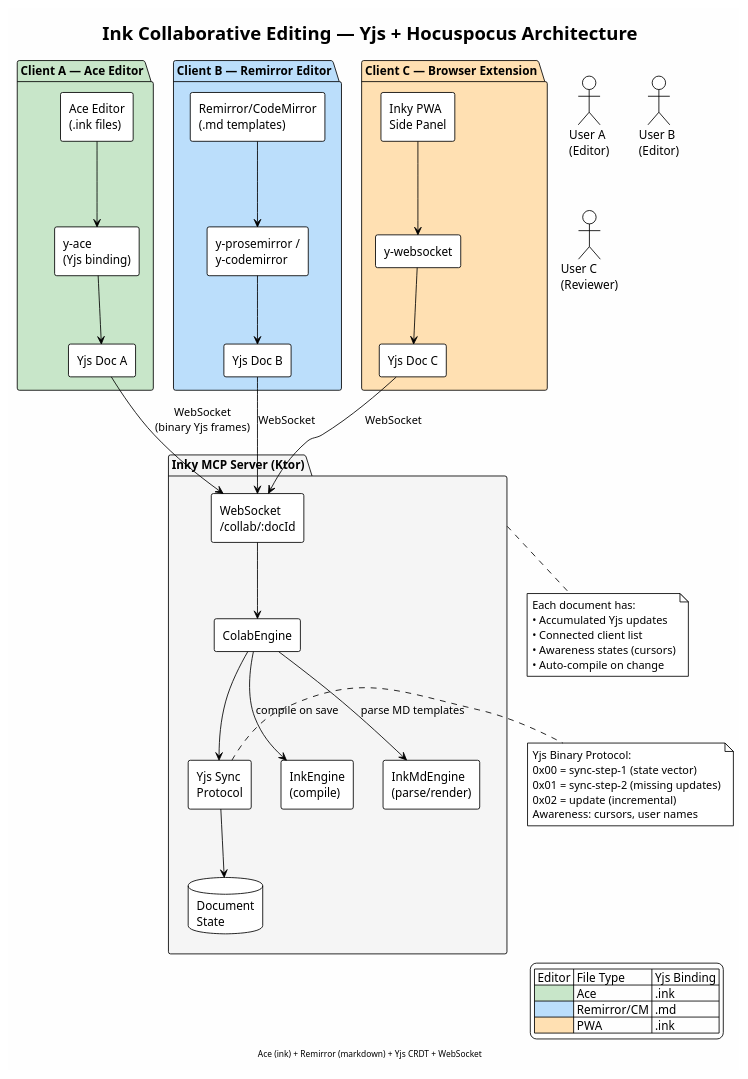
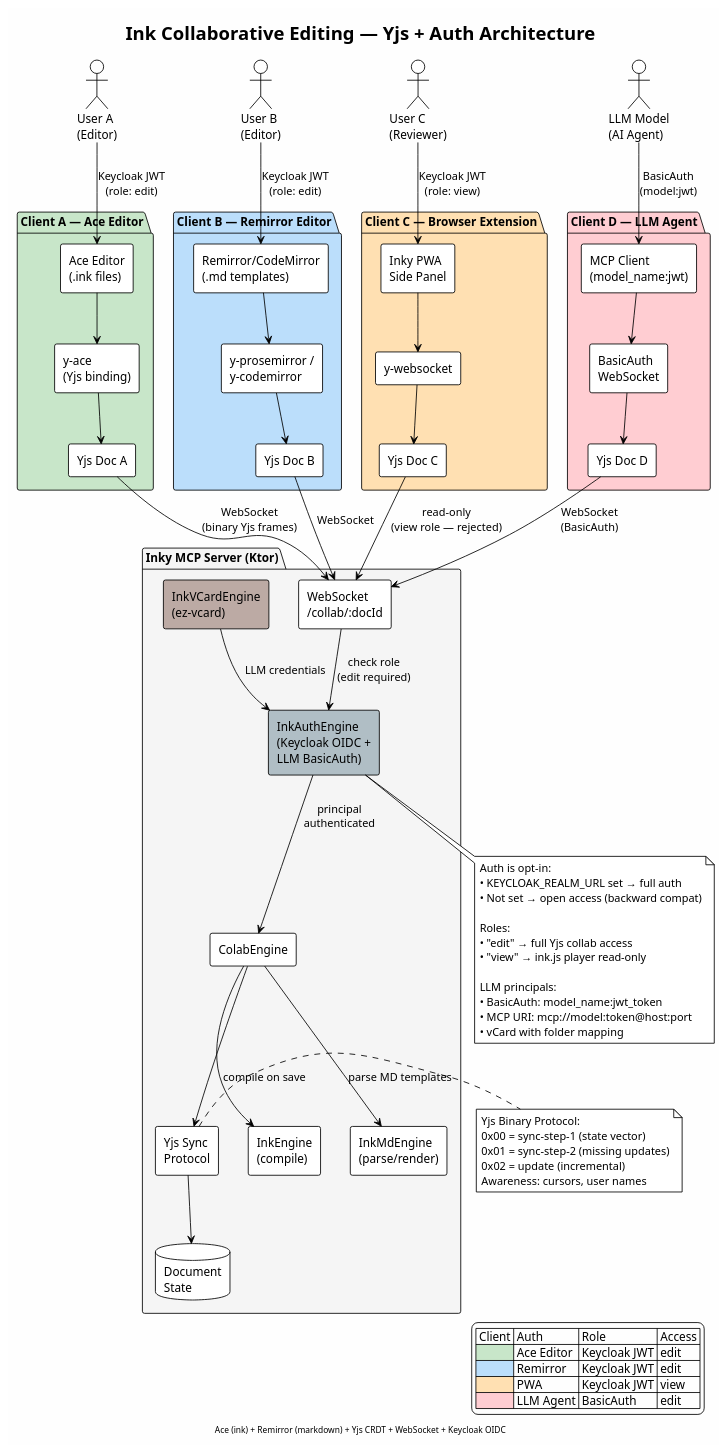
One commit to VRDate/inky changed the diagram in docs/architecture/ink-collab-yjs.puml. Above: the diagram before and after it, drawn with PlantUML. The commit also changed 10 other files, not shown here.

First line of the commit message:
Add iCal4j calendar, ez-vcard principals, and Keycloak auth (51→61 tools)

```diff
--- a/docs/architecture/ink-collab-yjs.puml
+++ b/docs/architecture/ink-collab-yjs.puml
@@ -1,87 +1,119 @@
 @startuml ink-collab-yjs
 !theme plain
 skinparam backgroundColor #FEFEFE
 
-title Ink Collaborative Editing — Yjs + Hocuspocus Architecture
-footer Ace (ink) + Remirror (markdown) + Yjs CRDT + WebSocket
+title Ink Collaborative Editing — Yjs + Auth Architecture
+footer Ace (ink) + Remirror (markdown) + Yjs CRDT + WebSocket + Keycloak OIDC
 
 actor "User A\n(Editor)" as userA
 actor "User B\n(Editor)" as userB
 actor "User C\n(Reviewer)" as userC
+actor "LLM Model\n(AI Agent)" as llmAgent
 
 ' ── Client Side ──
 package "Client A — Ace Editor" as clientA #C8E6C9 {
     rectangle "Ace Editor\n(.ink files)" as aceA
     rectangle "y-ace\n(Yjs binding)" as yaceA
     rectangle "Yjs Doc A" as ydocA
 }
 
 package "Client B — Remirror Editor" as clientB #BBDEFB {
     rectangle "Remirror/CodeMirror\n(.md templates)" as remirrorB
     rectangle "y-prosemirror /\ny-codemirror" as ycmB
     rectangle "Yjs Doc B" as ydocB
 }
 
 package "Client C — Browser Extension" as clientC #FFE0B2 {
     rectangle "Inky PWA\nSide Panel" as pwaC
     rectangle "y-websocket" as ywsC
     rectangle "Yjs Doc C" as ydocC
 }
 
+package "Client D — LLM Agent" as clientD #FFCDD2 {
+    rectangle "MCP Client\n(model_name:jwt)" as mcpClient
+    rectangle "BasicAuth\nWebSocket" as llmWs
+    rectangle "Yjs Doc D" as ydocD
+}
+
 ' ── Server Side ──
 package "Inky MCP Server (Ktor)" as server #F5F5F5 {
+    rectangle "InkAuthEngine\n(Keycloak OIDC +\nLLM BasicAuth)" as authEngine #B0BEC5
+
     rectangle "ColabEngine" as colabEngine
     rectangle "Yjs Sync\nProtocol" as yjsSync
     rectangle "WebSocket\n/collab/:docId" as wsEndpoint
 
     rectangle "InkEngine\n(compile)" as inkEngine
     rectangle "InkMdEngine\n(parse/render)" as inkMdEngine
 
+    rectangle "InkVCardEngine\n(ez-vcard)" as vcardEngine #BCAAA4
+
     database "Document\nState" as docState
 }
+
+' ── Auth Flow ──
+userA --> aceA : Keycloak JWT\n(role: edit)
+userB --> remirrorB : Keycloak JWT\n(role: edit)
+userC --> pwaC : Keycloak JWT\n(role: view)
+llmAgent --> mcpClient : BasicAuth\n(model:jwt)
 
 ' ── Connections ──
 aceA --> yaceA
 yaceA --> ydocA
 ydocA --> wsEndpoint : WebSocket\n(binary Yjs frames)
 
 remirrorB --> ycmB
 ycmB --> ydocB
 ydocB --> wsEndpoint : WebSocket
 
 pwaC --> ywsC
 ywsC --> ydocC
-ydocC --> wsEndpoint : WebSocket
+ydocC --> wsEndpoint : "read-only\n(view role — rejected)"
 
-wsEndpoint --> colabEngine
+mcpClient --> llmWs
+llmWs --> ydocD
+ydocD --> wsEndpoint : WebSocket\n(BasicAuth)
+
+wsEndpoint --> authEngine : "check role\n(edit required)"
+authEngine --> colabEngine : "principal\nauthenticated"
 colabEngine --> yjsSync
 yjsSync --> docState
 
 colabEngine --> inkEngine : compile on save
 colabEngine --> inkMdEngine : parse MD templates
+
+vcardEngine --> authEngine : LLM credentials
 
 ' ── Protocol ──
 note right of yjsSync
   Yjs Binary Protocol:
   0x00 = sync-step-1 (state vector)
   0x01 = sync-step-2 (missing updates)
   0x02 = update (incremental)
   Awareness: cursors, user names
 end note
 
-note bottom of server
-  Each document has:
-  • Accumulated Yjs updates
-  • Connected client list
-  • Awareness states (cursors)
-  • Auto-compile on change
+note bottom of authEngine
+  Auth is opt-in:
+  • KEYCLOAK_REALM_URL set → full auth
+  • Not set → open access (backward compat)
+
+  Roles:
+  • "edit" → full Yjs collab access
+  • "view" → ink.js player read-only
+
+  LLM principals:
+  • BasicAuth: model_name:jwt_token
+  • MCP URI: mcp://model:token@host:port
+  • vCard with folder mapping
 end note
 
 legend right
-  | Editor | File Type | Yjs Binding |
-  |<#C8E6C9>| Ace | .ink | y-ace |
-  |<#BBDEFB>| Remirror/CM | .md | y-prosemirror |
-  |<#FFE0B2>| PWA | .ink | y-websocket |
+  | Client | Auth | Role | Access |
+  |<#C8E6C9>| Ace Editor | Keycloak JWT | edit | Full collab |
+  |<#BBDEFB>| Remirror | Keycloak JWT | edit | Full collab |
+  |<#FFE0B2>| PWA | Keycloak JWT | view | Read-only |
+  |<#FFCDD2>| LLM Agent | BasicAuth | edit | Full collab |
 endlegend
 
 @enduml
```
